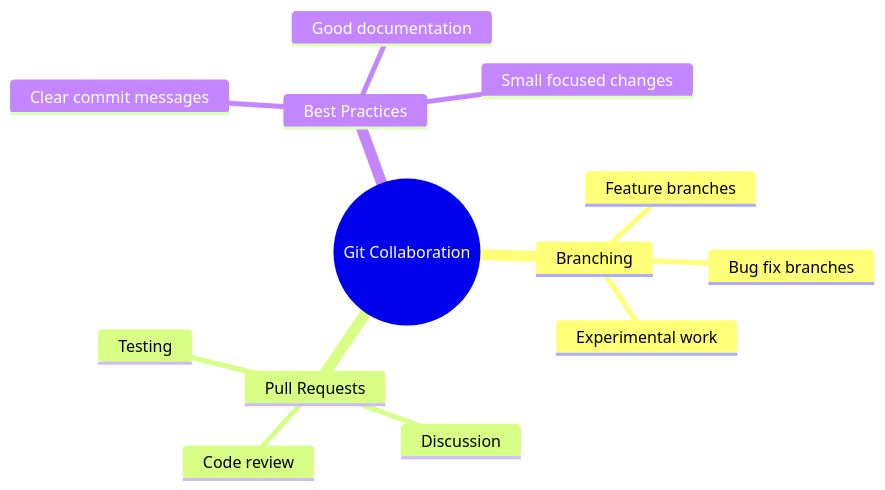
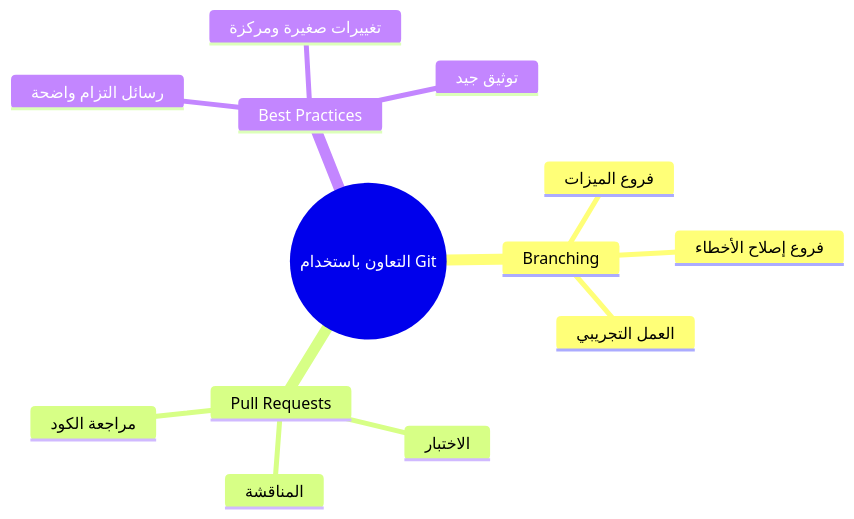
Before and after one commit to microsoft/Web-Dev-For-Beginners: the fifth of 7 diagrams in translations/ar/1-getting-started-lessons/2-github-basics/README.md, drawn with Mermaid. The commit also changed other lines of this file and 11 other files, not shown here.

````diff
--- a/translations/ar/1-getting-started-lessons/2-github-basics/README.md
+++ b/translations/ar/1-getting-started-lessons/2-github-basics/README.md
@@ -525,16 +522,16 @@
 ```mermaid
 mindmap
-  root((Git Collaboration))
+  root((التعاون باستخدام Git))
     Branching
-      Feature branches
-      Bug fix branches
-      Experimental work
+      فروع الميزات
+      فروع إصلاح الأخطاء
+      العمل التجريبي
     Pull Requests
-      Code review
-      Discussion
-      Testing
+      مراجعة الكود
+      المناقشة
+      الاختبار
     Best Practices
-      Clear commit messages
-      Small focused changes
-      Good documentation
+      رسائل التزام واضحة
+      تغييرات صغيرة ومركزة
+      توثيق جيد
 ```
````
